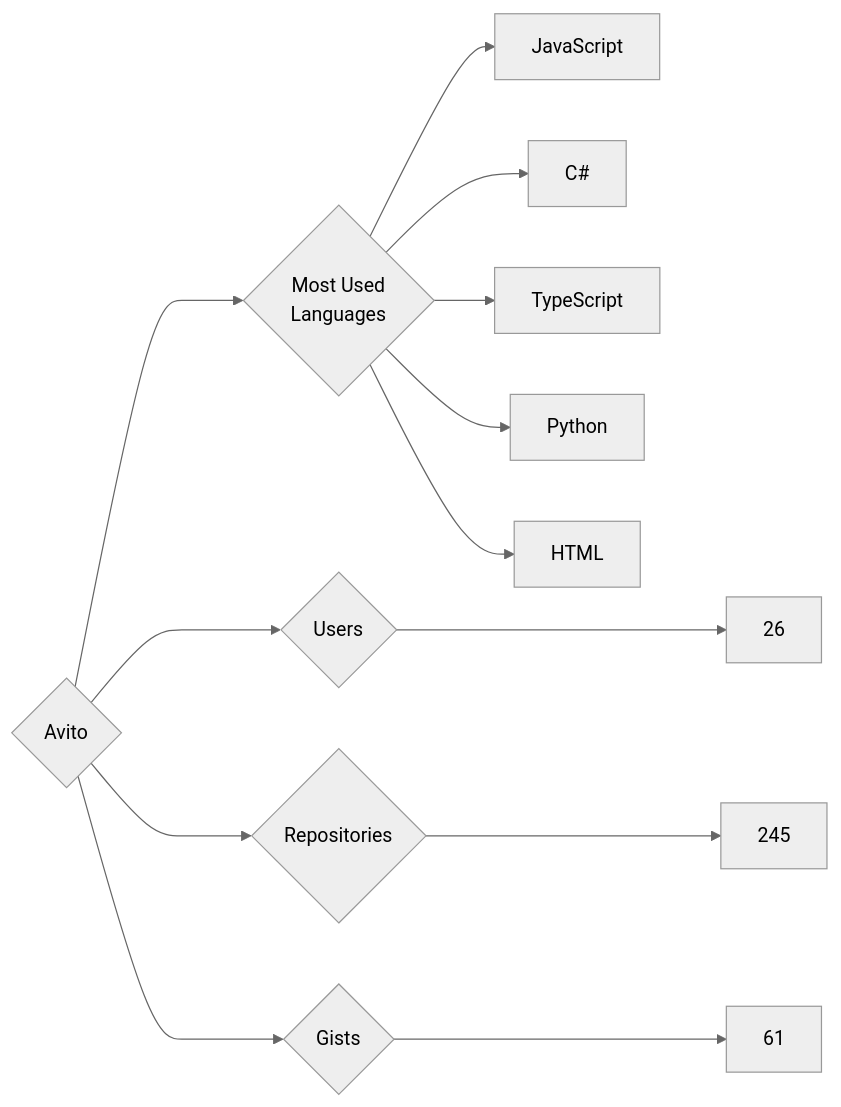
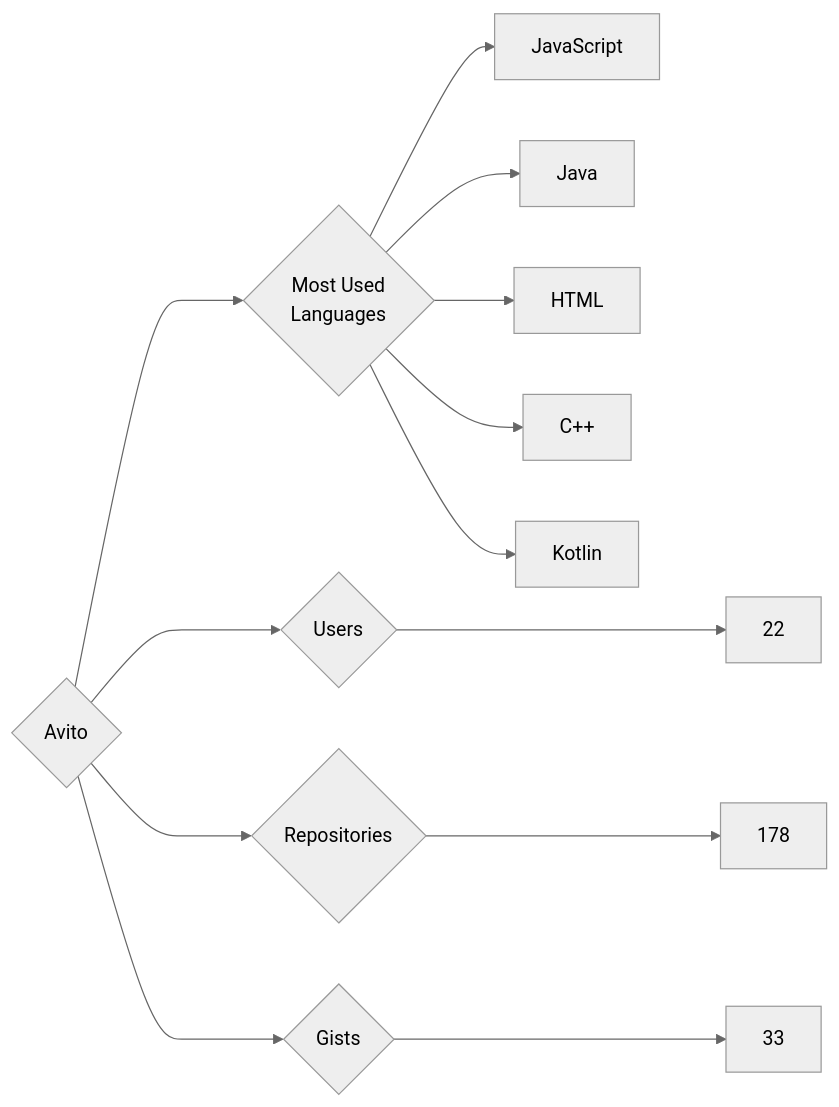
One commit to trickest/insiders changed the diagram in targets/Avito/README.md. Above: the diagram before and after it, drawn with Mermaid (neutral theme). The commit also changed 951 other files, not shown here.

````diff
--- a/targets/Avito/README.md
+++ b/targets/Avito/README.md
@@ -3,13 +3,13 @@
 ```mermaid
 graph LR
 COMPANY_NAME{Avito}
-COMPANY_NAME ---> U{Users} ---> UN[26]
-COMPANY_NAME ---> R{Repositories} ---> RN[245]
-COMPANY_NAME ---> G{Gists} ---> GN[61]
+COMPANY_NAME ---> U{Users} ---> UN[22]
+COMPANY_NAME ---> R{Repositories} ---> RN[178]
+COMPANY_NAME ---> G{Gists} ---> GN[33]
 COMPANY_NAME ---> ML{Most Used<br>Languages}
 ML --> JavaScript[JavaScript]
-ML --> C#[C#]
-ML --> TypeScript[TypeScript]
-ML --> Python[Python]
+ML --> Java[Java]
 ML --> HTML[HTML]
+ML --> C++[C++]
+ML --> Kotlin[Kotlin]
 ```
````
